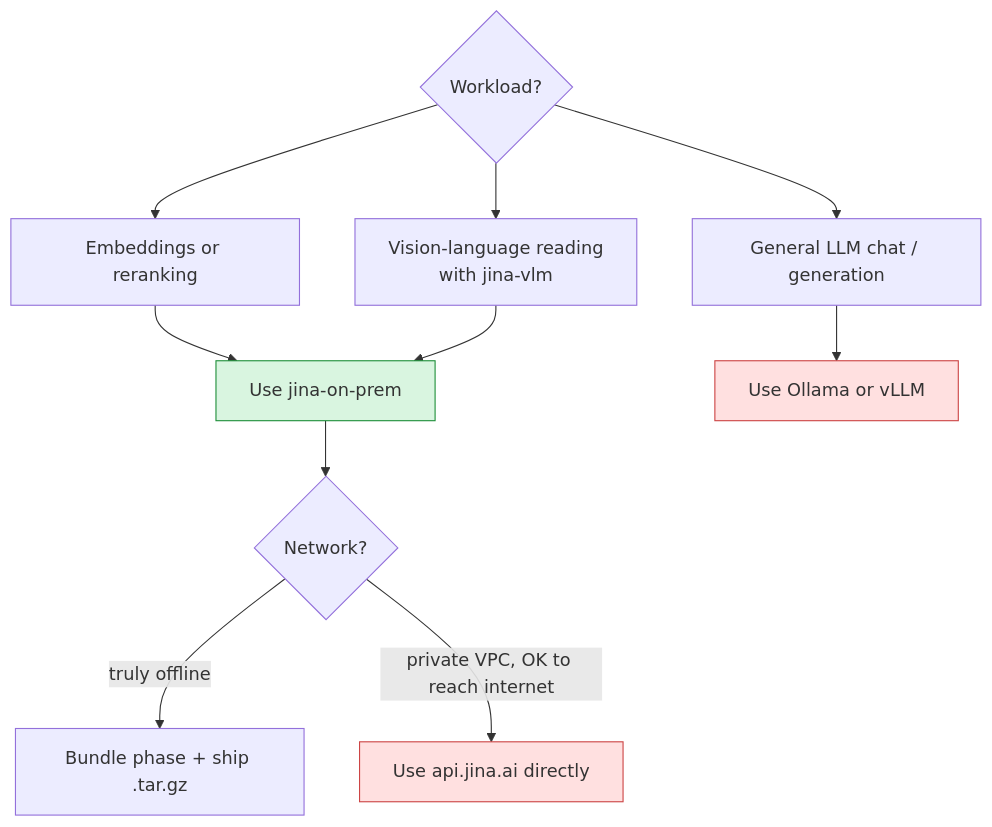
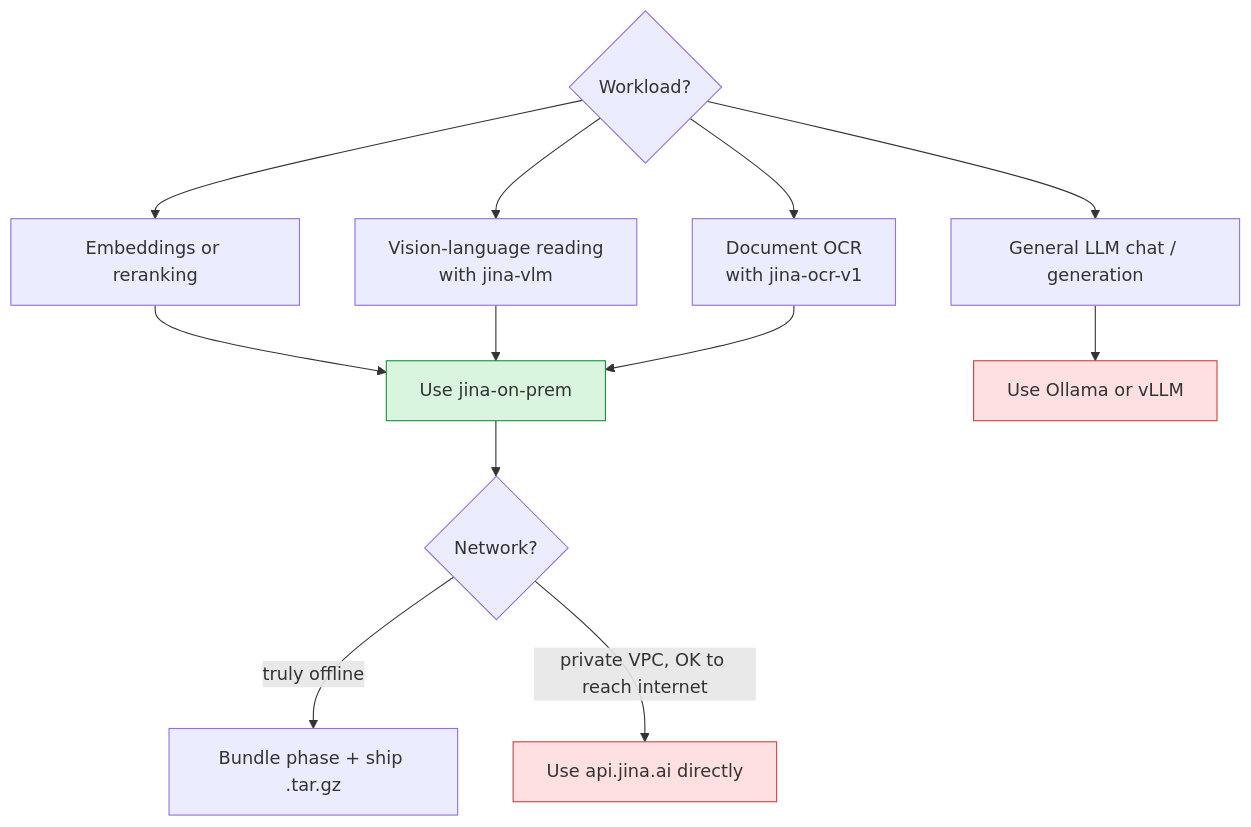
One commit to jina-ai/jina-on-prem changed the first of 2 diagrams in docs/Comparison.md. Above: the diagram before and after it, drawn with Mermaid. The commit also changed other lines of this file and 15 other files, not shown here.

Commit message:
docs: describe jina-ocr-v1 across the README and wiki, with its olmOCR-Bench throughput and accuracy, and let list --type ocr filter for it

````diff
--- a/docs/Comparison.md
+++ b/docs/Comparison.md
@@ -3,18 +3,21 @@
 ```mermaid
 flowchart TB
     classDef use fill:#d9f5e0,stroke:#1f8f3a
     classDef skip fill:#ffe0e0,stroke:#c44
 
     Q{Workload?} --> E[Embeddings or reranking]
     Q --> V[Vision-language reading
 with jina-vlm]
+    Q --> D[Document OCR
+with jina-ocr-v1]
     Q --> C[General LLM chat / generation]
 
     E --> Air[Use jina-on-prem]:::use
     V --> Air
+    D --> Air
     C --> O[Use Ollama or vLLM]:::skip
 
     Air --> N{Network?}
     N -- truly offline --> Bun[Bundle phase + ship .tar.gz]
     N -- private VPC, OK to reach internet --> Hosted[Use api.jina.ai directly]:::skip
 ```
````
